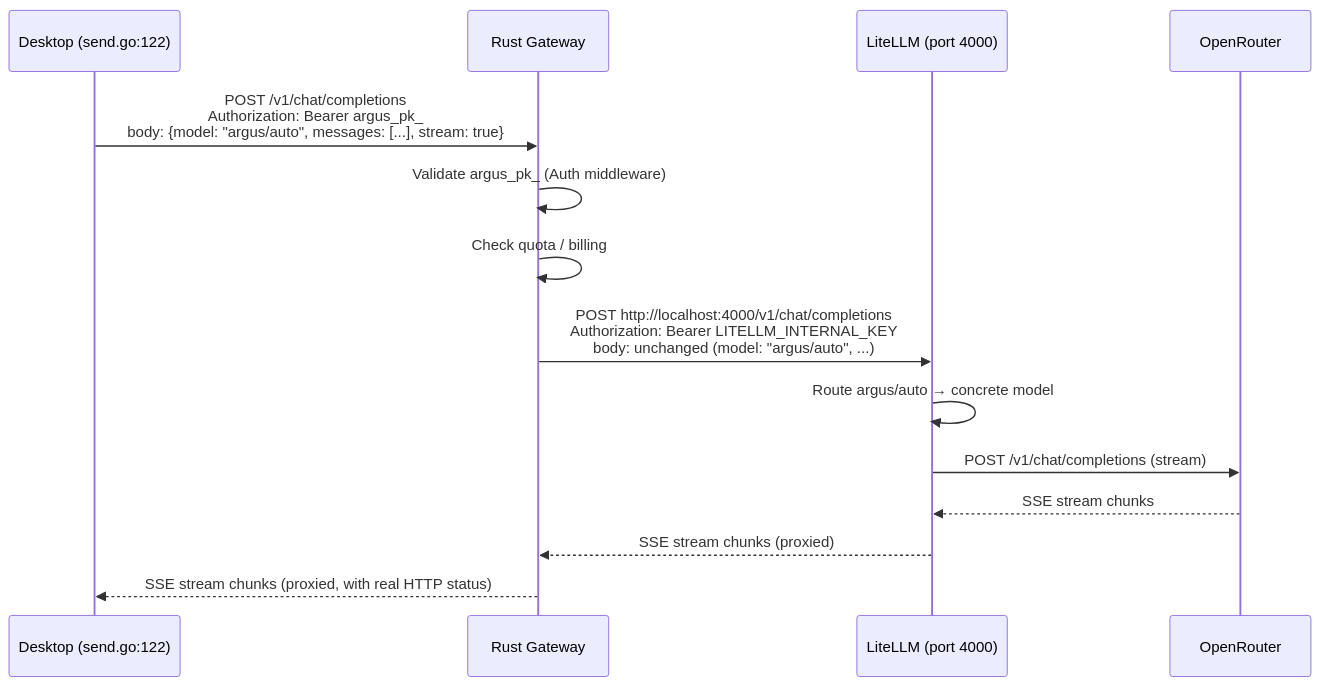
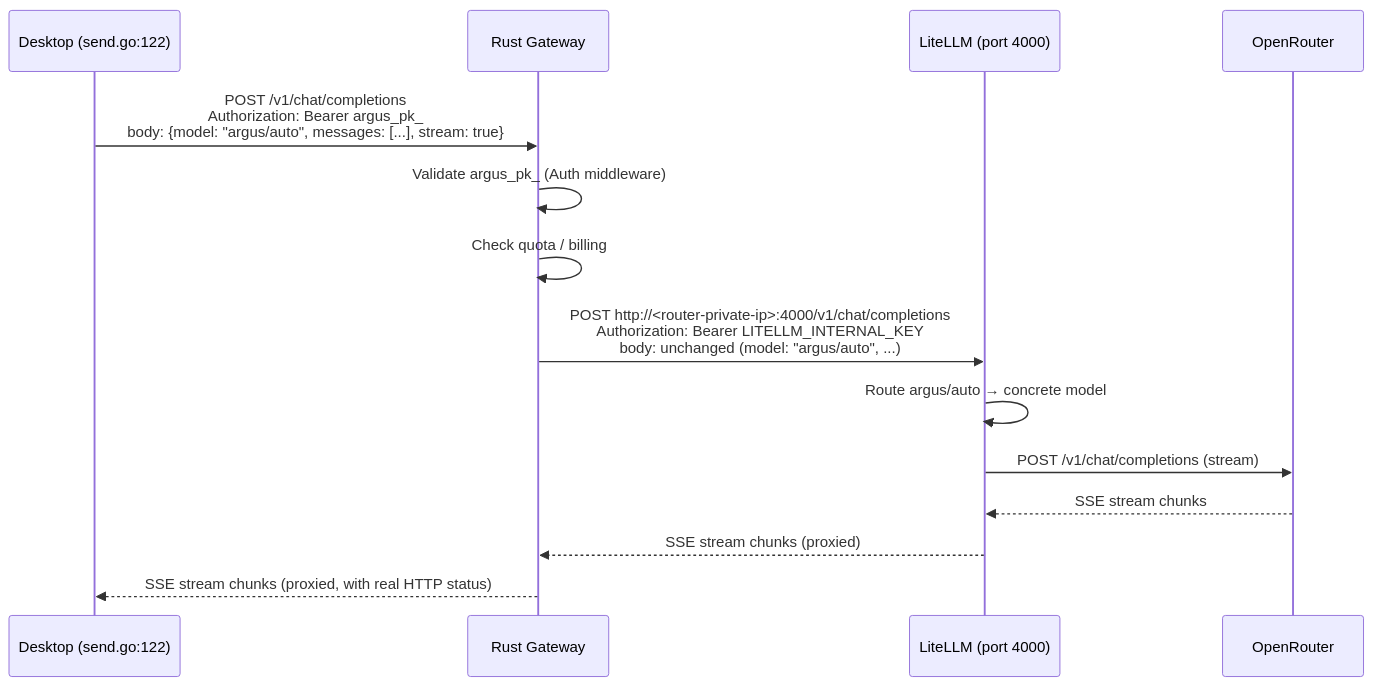
Before and after one commit to anyscapelabs/argus-router: the second of 5 diagrams in llm-gateway/docs/architecture.md, drawn with Mermaid. The commit also changed other lines of this file and 29 other files, not shown here.

````diff
--- a/llm-gateway/docs/architecture.md
+++ b/llm-gateway/docs/architecture.md
@@ -156,17 +156,17 @@
 ```mermaid
 sequenceDiagram
     participant D as Desktop (send.go:122)
     participant R as Rust Gateway
     participant L as LiteLLM (port 4000)
     participant OR as OpenRouter
 
     D->>R: POST /v1/chat/completions<br/>Authorization: Bearer argus_pk_<br/>body: {model: "argus/auto", messages: [...], stream: true}
     R->>R: Validate argus_pk_ (Auth middleware)
     R->>R: Check quota / billing
-    R->>L: POST http://localhost:4000/v1/chat/completions<br/>Authorization: Bearer LITELLM_INTERNAL_KEY<br/>body: unchanged (model: "argus/auto", ...)
+    R->>L: POST http://<router-private-ip>:4000/v1/chat/completions<br/>Authorization: Bearer LITELLM_INTERNAL_KEY<br/>body: unchanged (model: "argus/auto", ...)
     L->>L: Route argus/auto → concrete model
     L->>OR: POST /v1/chat/completions (stream)
     OR-->>L: SSE stream chunks
     L-->>R: SSE stream chunks (proxied)
     R-->>D: SSE stream chunks (proxied, with real HTTP status)
 ```
````
